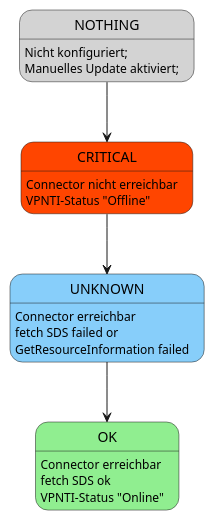
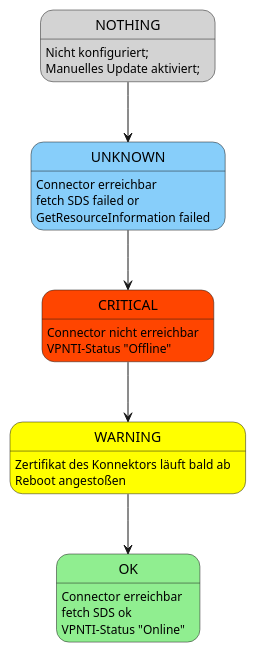
One commit to swobspace/cocard changed the diagram in docsrc/devnotes/modules/ROOT/images/connector-condition.puml. Above: the diagram before and after it, drawn with PlantUML. The commit also changed 7 other files, not shown here.

```diff
--- a/docsrc/devnotes/modules/ROOT/images/connector-condition.puml
+++ b/docsrc/devnotes/modules/ROOT/images/connector-condition.puml
@@ -1,29 +1,34 @@
 @startuml
 
 state OK #lightgreen
 OK: Connector erreichbar
 OK: fetch SDS ok
 OK: VPNTI-Status "Online"
 
 'state WARNING #Yellow
 'WARNING: Connector erreichbar
 'WARNING: fetch SDS ok
 'WARNING: VPNTI-Status "Offline"
 
 state CRITICAL #orangered
 CRITICAL: Connector nicht erreichbar
 CRITICAL: VPNTI-Status "Offline"
 
+state WARNING #Yellow
+WARNING: Zertifikat des Konnektors läuft bald ab
+WARNING: Reboot angestoßen
+
 state UNKNOWN #LightSkyBlue
 UNKNOWN: Connector erreichbar
 UNKNOWN: fetch SDS failed or 
 UNKNOWN: GetResourceInformation failed
 
 state NOTHING #LightGrey
 NOTHING: Nicht konfiguriert;
 NOTHING: Manuelles Update aktiviert;
 
-NOTHING --> CRITICAL
-CRITICAL --> UNKNOWN
-UNKNOWN --> OK
+NOTHING --> UNKNOWN
+UNKNOWN --> CRITICAL
+CRITICAL --> WARNING
+WARNING --> OK
 @enduml
```
